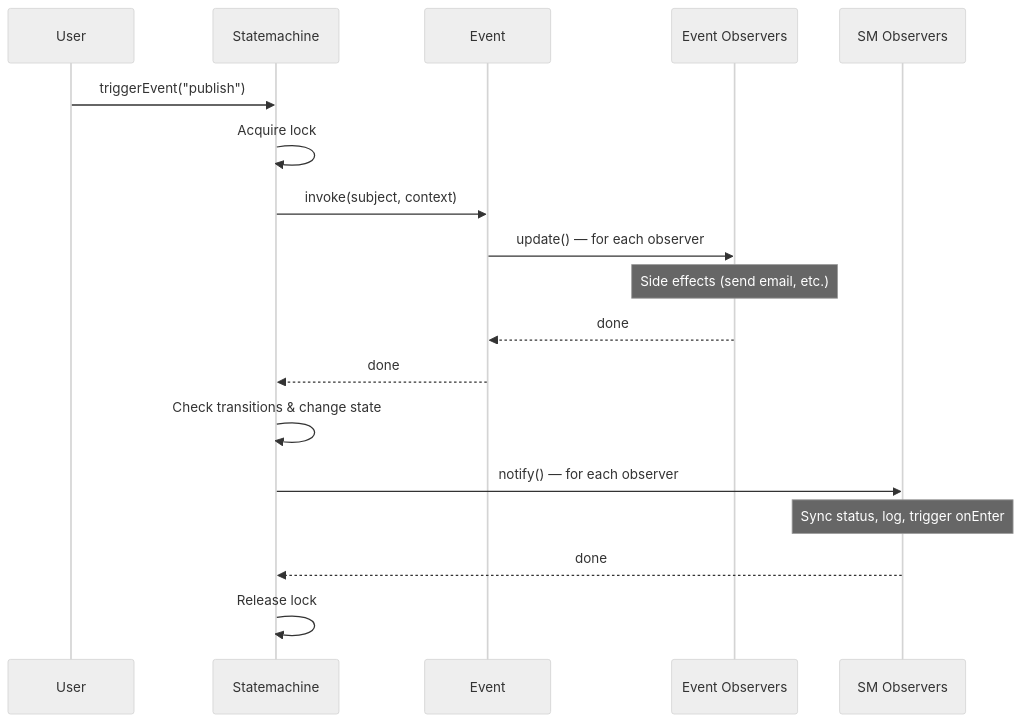
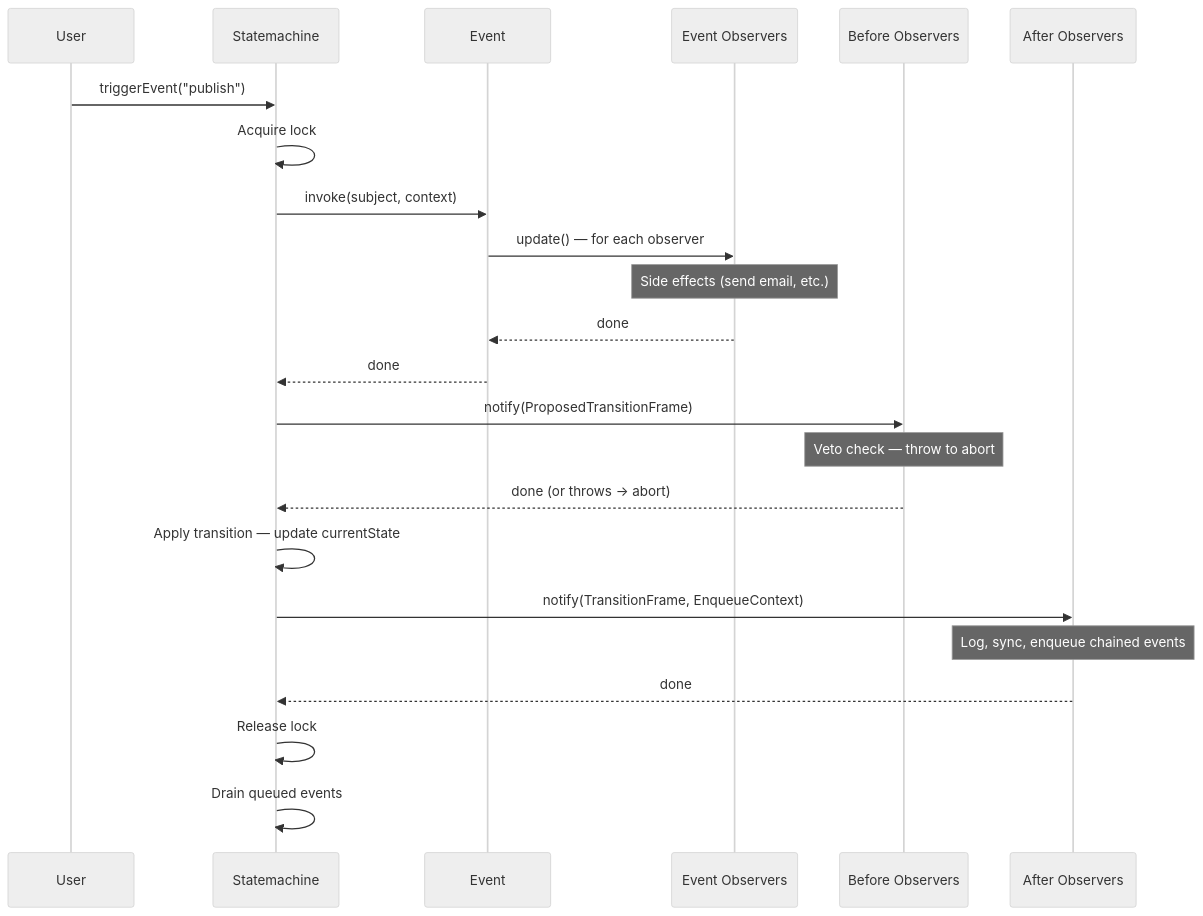
One commit to camcima/finita changed the first of 2 diagrams in docs/observers.md. Above: the diagram before and after it, drawn with Mermaid (neutral theme). The commit also changed other lines of this file and 12 other files, not shown here.

Commit message:
docs: update examples to v3 API (ProcessBuilder, frame observers)

````diff
--- a/docs/observers.md
+++ b/docs/observers.md
@@ -26,21 +82,26 @@
 ```mermaid
 sequenceDiagram
     participant User
     participant SM as Statemachine
     participant Ev as Event
     participant EO as Event Observers
-    participant SO as SM Observers
+    participant BO as Before Observers
+    participant AO as After Observers
 
     User->>SM: triggerEvent("publish")
     SM->>SM: Acquire lock
     SM->>Ev: invoke(subject, context)
     Ev->>EO: update() — for each observer
     Note over EO: Side effects (send email, etc.)
     EO-->>Ev: done
     Ev-->>SM: done
-    SM->>SM: Check transitions & change state
-    SM->>SO: notify() — for each observer
-    Note over SO: Sync status, log, trigger onEnter
-    SO-->>SM: done
+    SM->>BO: notify(ProposedTransitionFrame)
+    Note over BO: Veto check — throw to abort
+    BO-->>SM: done (or throws → abort)
+    SM->>SM: Apply transition — update currentState
+    SM->>AO: notify(TransitionFrame, EnqueueContext)
+    Note over AO: Log, sync, enqueue chained events
+    AO-->>SM: done
     SM->>SM: Release lock
+    SM->>SM: Drain queued events
 ```
````
